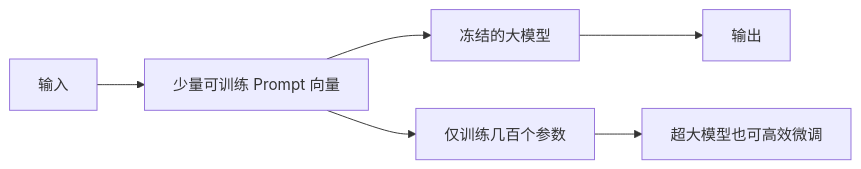
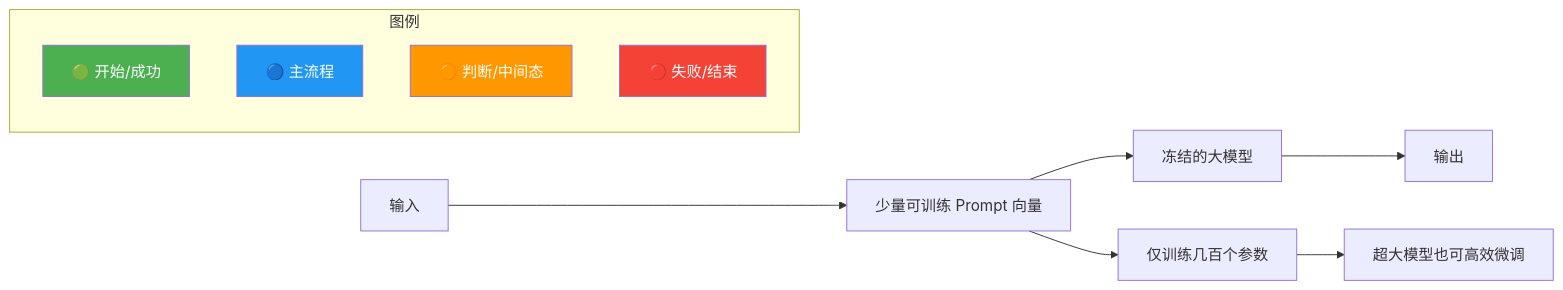
Before and after one commit to SunArthur86/interview-2026: the diagram in questions/llm-core/llm-009.md, drawn with Mermaid. The commit also changed other lines of this file and 3180 other files, not shown here.

First line of the commit message:
Mermaid颜色增强99% + 面试频率分类(高频1571/中频1115/低频461)

````diff
--- a/questions/llm-core/llm-009.md
+++ b/questions/llm-core/llm-009.md
@@ -86,8 +87,27 @@
 ```mermaid
 flowchart LR
+    classDef start fill:#4CAF50,color:#fff
+    classDef process fill:#2196F3,color:#fff
+    classDef decision fill:#FF9800,color:#fff
+    classDef special fill:#9C27B0,color:#fff
+    classDef error fill:#f44336,color:#fff
+    classDef info fill:#607D8B,color:#fff
+    class A start
+    class B process
+    class C decision
+    class D special
+    class E error
+    class F info
+    class Prompt start
     A[输入] --> B[少量可训练 Prompt 向量]
     B --> C[冻结的大模型]
     C --> D[输出]
     B --> E[仅训练几百个参数]
     E --> F[超大模型也可高效微调]
+    subgraph Legend["图例"]
+        L1["🟢 开始/成功"]:::start
+        L2["🔵 主流程"]:::process
+        L3["🟠 判断/中间态"]:::decision
+        L4["🔴 失败/结束"]:::error
+    end
 ```
````
